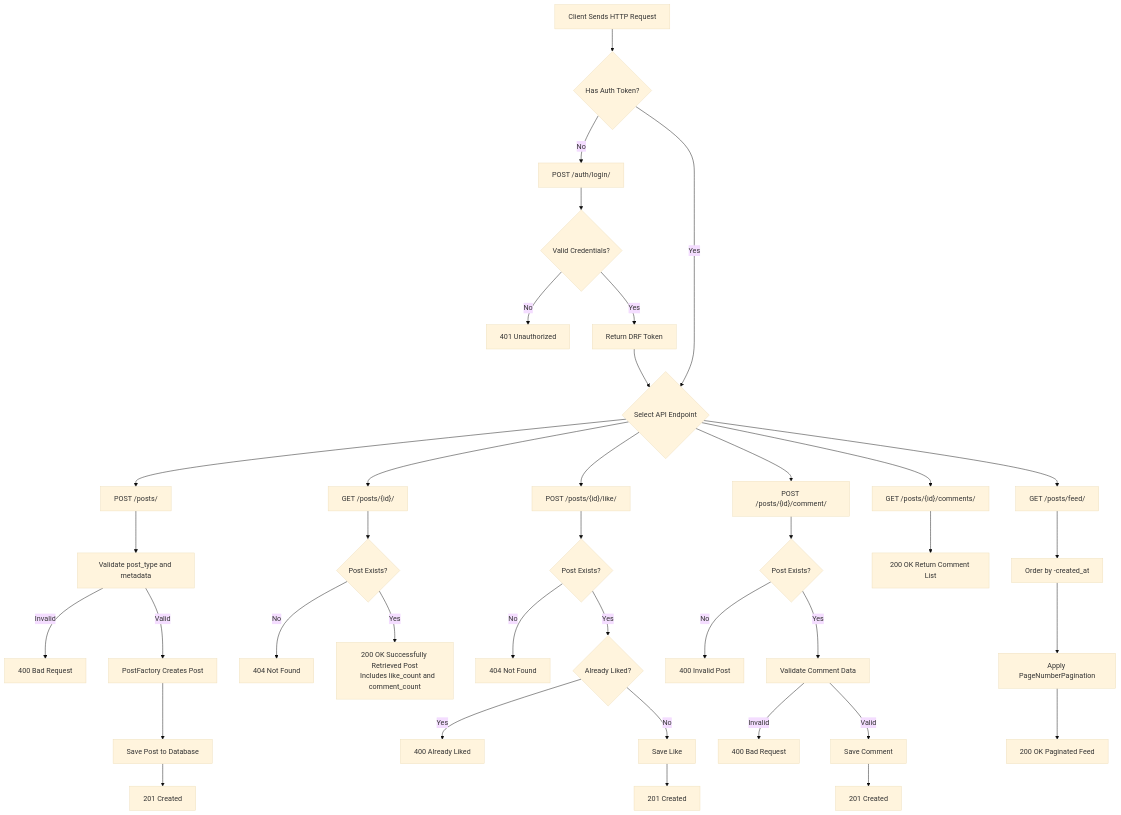
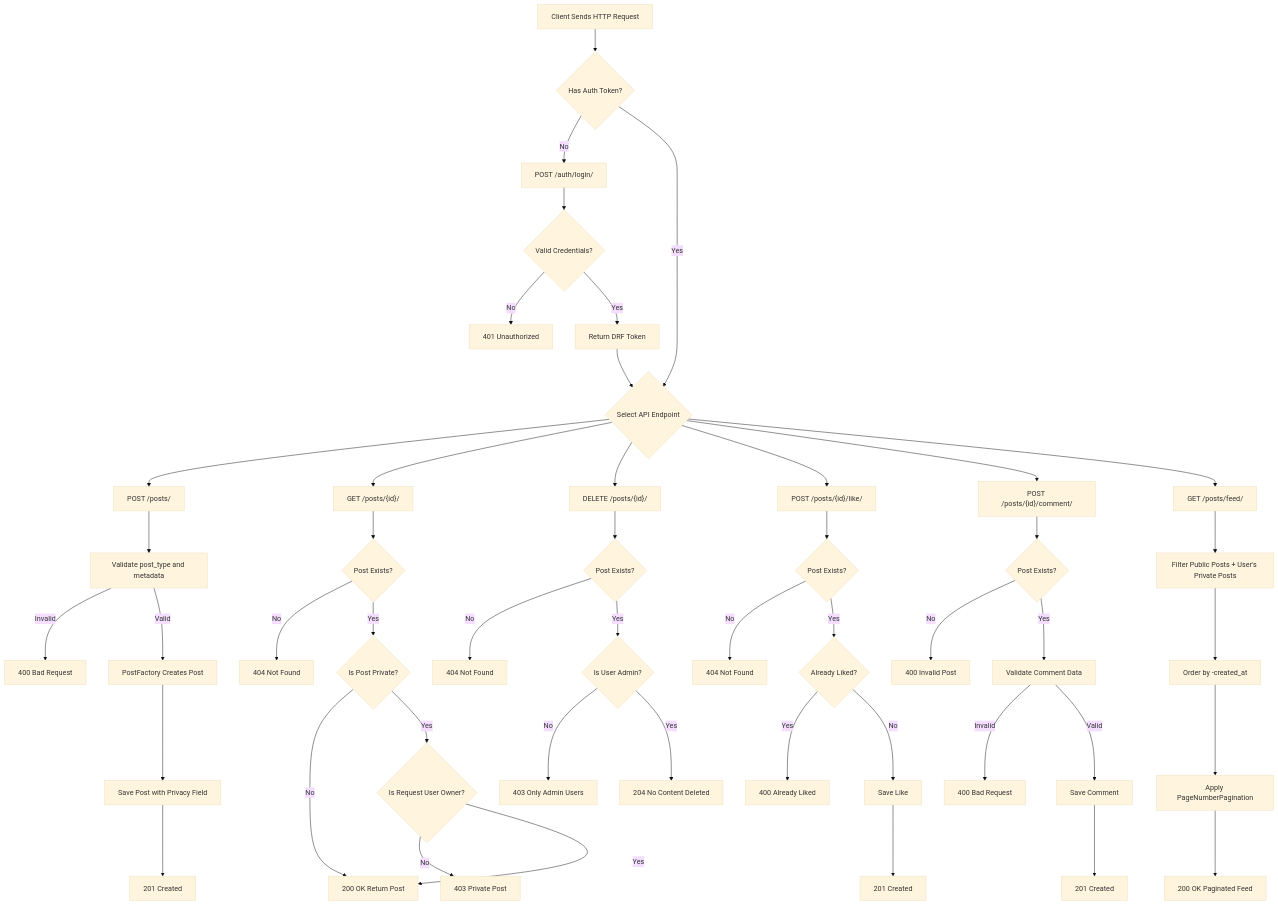
One commit to Mihoqr/connectly-rest-api changed the second of 5 diagrams in README.md. Above: the diagram before and after it, drawn with Mermaid (base theme). The commit also changed other lines of this file, not shown here.

First line of the commit message:
Enhance README with privacy field and feed updates

````diff
--- a/README.md
+++ b/README.md
@@ -197,64 +254,72 @@
 ```mermaid
 flowchart TD
 
     START[Client Sends HTTP Request] --> AUTH{Has Auth Token?}
 
     %% ================= AUTH =================
 
     AUTH -->|No| LOGIN["POST /auth/login/"]
     LOGIN --> VALID{Valid Credentials?}
     VALID -->|No| ERR401["401 Unauthorized"]
     VALID -->|Yes| TOKEN["Return DRF Token"]
 
     AUTH -->|Yes| ACTION
     TOKEN --> ACTION{Select API Endpoint}
 
     %% ================= CREATE POST =================
 
     ACTION --> CP["POST /posts/"]
     CP --> CPV[Validate post_type and metadata]
     CPV -->|Invalid| ERR400A["400 Bad Request"]
     CPV -->|Valid| FACTORY[PostFactory Creates Post]
-    FACTORY --> SAVEPOST[Save Post to Database]
+    FACTORY --> SAVEPOST[Save Post with Privacy Field]
     SAVEPOST --> RES201["201 Created"]
 
     %% ================= GET SINGLE POST =================
 
     ACTION --> GP["GET /posts/{id}/"]
     GP --> GPC{Post Exists?}
     GPC -->|No| ERR404A["404 Not Found"]
-    GPC -->|Yes| SUCCESSPOST["200 OK Successfully Retrieved Post
-    Includes like_count and comment_count"]
+    GPC -->|Yes| PRIV{Is Post Private?}
+    PRIV -->|No| SUCCESSPOST["200 OK Return Post"]
+    PRIV -->|Yes| OWNER{Is Request User Owner?}
+    OWNER -->|No| ERR403P["403 Private Post"]
+    OWNER -->|Yes| SUCCESSPOST
+
+    %% ================= DELETE POST (RBAC) =================
+
+    ACTION --> DEL["DELETE /posts/{id}/"]
+    DEL --> EXISTS{Post Exists?}
+    EXISTS -->|No| ERR404D["404 Not Found"]
+    EXISTS -->|Yes| ROLE{Is User Admin?}
+    ROLE -->|No| ERR403R["403 Only Admin Users"]
+    ROLE -->|Yes| RES204["204 No Content Deleted"]
 
     %% ================= LIKE POST =================
 
     ACTION --> LP["POST /posts/{id}/like/"]
     LP --> LPC{Post Exists?}
     LPC -->|No| ERR404B["404 Not Found"]
     LPC -->|Yes| DUP{Already Liked?}
     DUP -->|Yes| ERR400B["400 Already Liked"]
     DUP -->|No| SAVELIKE[Save Like]
     SAVELIKE --> RES201B["201 Created"]
 
     %% ================= COMMENT POST =================
 
     ACTION --> CM["POST /posts/{id}/comment/"]
     CM --> CMC{Post Exists?}
     CMC -->|No| ERR400C["400 Invalid Post"]
     CMC -->|Yes| VALIDC[Validate Comment Data]
     VALIDC -->|Invalid| ERR400D["400 Bad Request"]
     VALIDC -->|Valid| SAVECOM[Save Comment]
     SAVECOM --> RES201C["201 Created"]
 
-    %% ================= GET COMMENTS =================
-
-    ACTION --> GC["GET /posts/{id}/comments/"]
-    GC --> RES200B["200 OK Return Comment List"]
-
-    %% ================= FEED =================
+    %% ================= FEED WITH PRIVACY =================
 
     ACTION --> FEED["GET /posts/feed/"]
-    FEED --> SORT[Order by -created_at]
+    FEED --> FILTER[Filter Public Posts + User's Private Posts]
+    FILTER --> SORT[Order by -created_at]
     SORT --> PAGINATE[Apply PageNumberPagination]
     PAGINATE --> RES200C["200 OK Paginated Feed"]
 ```
````
